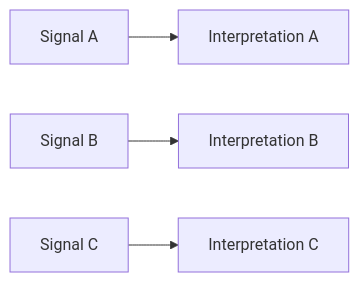
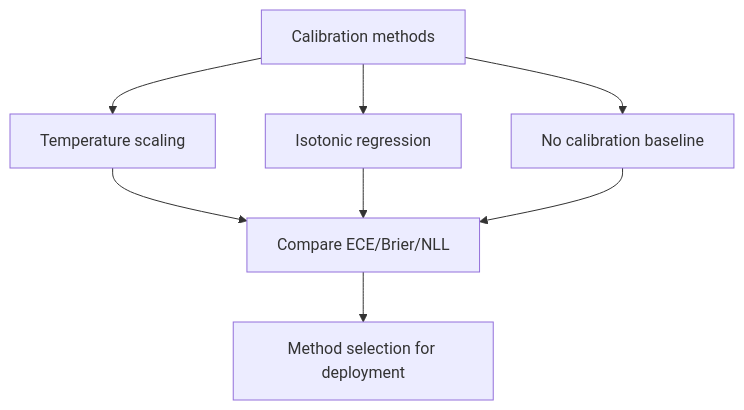
One commit to Luxia-AI/docs changed the third of 4 diagrams in methodology/figures/09-ablation-and-sensitivity-pack.md. Above: the diagram before and after it, drawn with Mermaid. The commit also changed other lines of this file and 9 other files, not shown here.

First line of the commit message:
Refactor methodology figures with updated Mermaid diagrams and enhanced clarity across multiple packs. Key changes include:

````diff
--- a/methodology/figures/09-ablation-and-sensitivity-pack.md
+++ b/methodology/figures/09-ablation-and-sensitivity-pack.md
@@ -71,6 +77,10 @@
 ```mermaid
-flowchart LR
-    A[Signal A] --> B[Interpretation A]
-    C[Signal B] --> D[Interpretation B]
-    E[Signal C] --> F[Interpretation C]
+flowchart TB
+  C[Calibration methods] --> C1[Temperature scaling]
+  C --> C2[Isotonic regression]
+  C --> C3[No calibration baseline]
+  C1 --> E[Compare ECE/Brier/NLL]
+  C2 --> E
+  C3 --> E
+  E --> S[Method selection for deployment]
 ```
````
